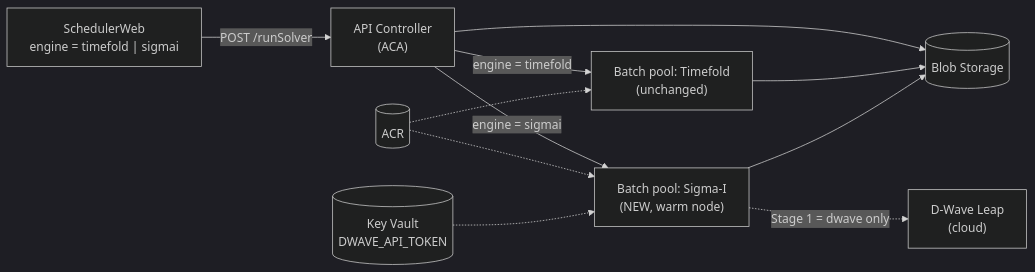
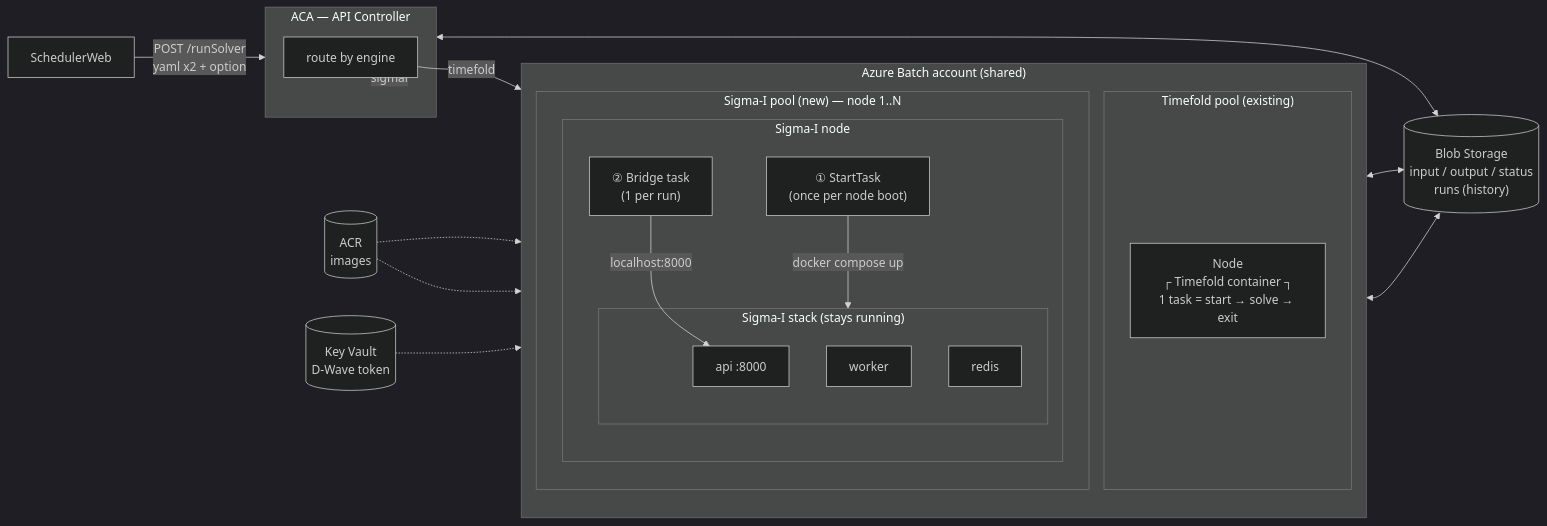
The second of 12 diagrams in SigmaI/SigmaI_Azure_ImplementationPlan20261013.md (WhiTeXCharGe/TF_Testing), drawn with Mermaid (dark theme) before and after one commit. The commit also changed other lines of this file and 2 other files, not shown here.

Commit message:
update implementation plan for sigmaAI

````diff
--- a/SigmaI/SigmaI_Azure_ImplementationPlan20261013.md
+++ b/SigmaI/SigmaI_Azure_ImplementationPlan20261013.md
@@ -25,13 +57,43 @@
 ```mermaid
 flowchart LR
-    W["SchedulerWeb<br/>engine = timefold | sigmai"] -->|"POST /runSolver"| API["API Controller<br/>(ACA)"]
-    API --> BLOB[("Blob Storage")]
-    API -->|"engine = timefold"| TFPOOL["Batch pool: Timefold<br/>(unchanged)"]
-    API -->|"engine = sigmai"| SPOOL["Batch pool: Sigma-I<br/>(NEW, warm node)"]
-    TFPOOL --> BLOB
-    SPOOL --> BLOB
-    ACR[("ACR")] -.-> TFPOOL
-    ACR -.-> SPOOL
-    KV[("Key Vault<br/>DWAVE_API_TOKEN")] -.-> SPOOL
-    SPOOL -.->|"Stage 1 = dwave only"| DWAVE["D-Wave Leap<br/>(cloud)"]
+    W["SchedulerWeb"] -->|"POST /runSolver<br/>yaml x2 + option"| ACA
+
+    subgraph ACA["ACA — API Controller"]
+        R["route by engine"]
+    end
+
+    subgraph BATCH["Azure Batch account (shared)"]
+        direction TB
+        subgraph TFP["Timefold pool (existing)"]
+            TFN["Node<br/>┌ Timefold container ┐<br/>1 task = start → solve → exit"]
+        end
+        subgraph SGP["Sigma-I pool (new) — node 1..N"]
+            subgraph SGN["Sigma-I node"]
+                direction TB
+                ST["① StartTask<br/>(once per node boot)"]
+                subgraph STACK["Sigma-I stack (stays running)"]
+                    SA["api :8000"]
+                    SW["worker"]
+                    SR["redis"]
+                end
+                BR["② Bridge task<br/>(1 per run)"]
+                ST -->|"docker compose up"| STACK
+                BR -->|"localhost:8000"| SA
+            end
+        end
+    end
+
+    R -->|"timefold"| TFP
+    R -->|"sigmai"| SGP
+
+    BLOB[("Blob Storage<br/>input / output / status<br/>runs (history)")]
+    ACR[("ACR<br/>images")]
+    KV[("Key Vault<br/>D-Wave token")]
+
+    ACA <--> BLOB
+    TFN <--> BLOB
+    BR <--> BLOB
+    ACR -.-> TFN
+    ACR -.-> ST
+    KV -.-> ST
 ```
````
